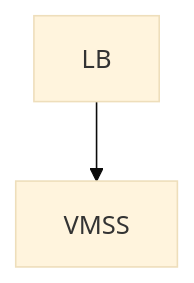
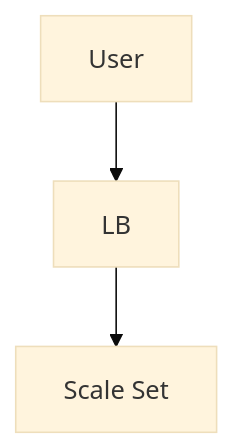
The diagram in azure/scale-set-project/README.md (clementwasty-hue/DEVOPS), drawn with Mermaid (base theme) before and after one commit. The commit also changed other lines of this file, not shown here.

````diff
--- a/azure/scale-set-project/README.md
+++ b/azure/scale-set-project/README.md
@@ -3,3 +12,5 @@
 ```mermaid
-graph TD; LB-->VMSS;
+graph TD
+    User --> LB
+    LB --> VMSS[Scale Set]
 ```
````
